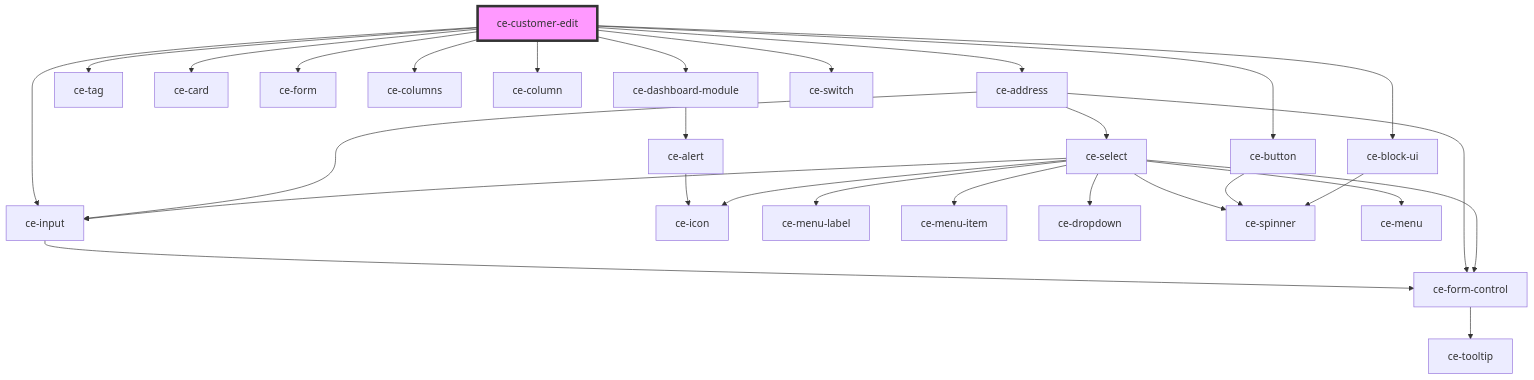
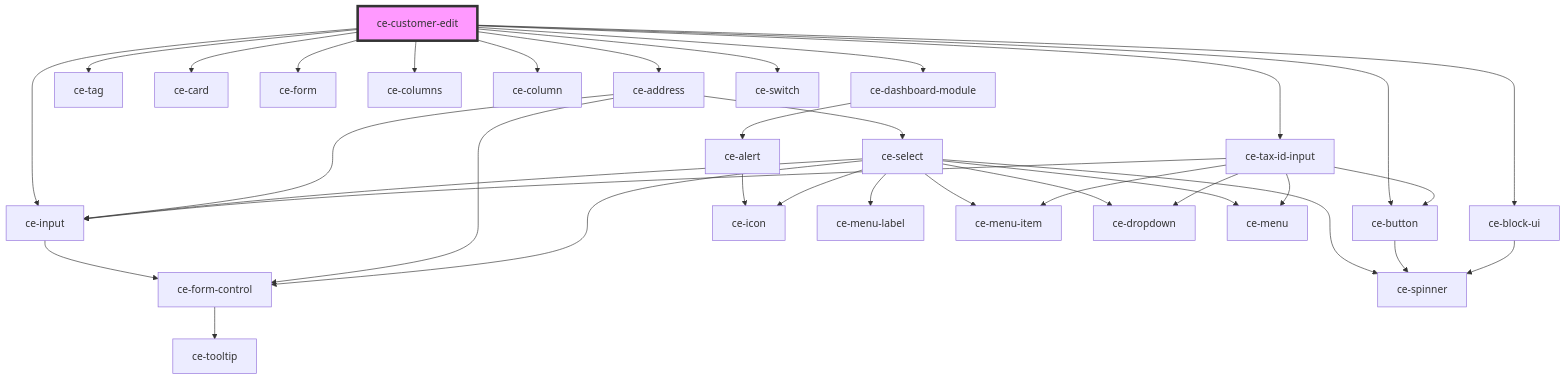
Before and after one commit to surecart/surecart-wp-plugin: the diagram in packages/components/src/components/controllers/dashboard/customer-edit/readme.md, drawn with Mermaid. The commit also changed other lines of this file and 27 other files, not shown here.

````diff
--- a/packages/components/src/components/controllers/dashboard/customer-edit/readme.md
+++ b/packages/components/src/components/controllers/dashboard/customer-edit/readme.md
@@ -34,32 +35,38 @@
 ```mermaid
 graph TD;
   ce-customer-edit --> ce-dashboard-module
   ce-customer-edit --> ce-tag
   ce-customer-edit --> ce-card
   ce-customer-edit --> ce-form
   ce-customer-edit --> ce-input
   ce-customer-edit --> ce-columns
   ce-customer-edit --> ce-column
   ce-customer-edit --> ce-address
   ce-customer-edit --> ce-switch
+  ce-customer-edit --> ce-tax-id-input
   ce-customer-edit --> ce-button
   ce-customer-edit --> ce-block-ui
   ce-dashboard-module --> ce-alert
   ce-alert --> ce-icon
   ce-input --> ce-form-control
   ce-form-control --> ce-tooltip
   ce-address --> ce-form-control
   ce-address --> ce-select
   ce-address --> ce-input
   ce-select --> ce-menu-label
   ce-select --> ce-menu-item
   ce-select --> ce-form-control
   ce-select --> ce-dropdown
   ce-select --> ce-icon
   ce-select --> ce-input
   ce-select --> ce-spinner
   ce-select --> ce-menu
+  ce-tax-id-input --> ce-input
+  ce-tax-id-input --> ce-dropdown
+  ce-tax-id-input --> ce-button
+  ce-tax-id-input --> ce-menu
+  ce-tax-id-input --> ce-menu-item
   ce-button --> ce-spinner
   ce-block-ui --> ce-spinner
   style ce-customer-edit fill:#f9f,stroke:#333,stroke-width:4px
 ```
````
